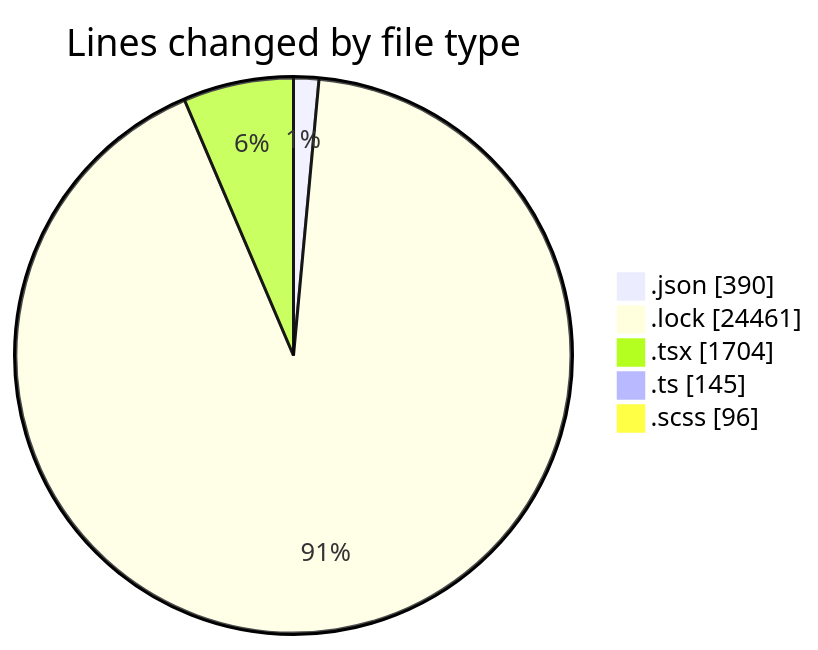
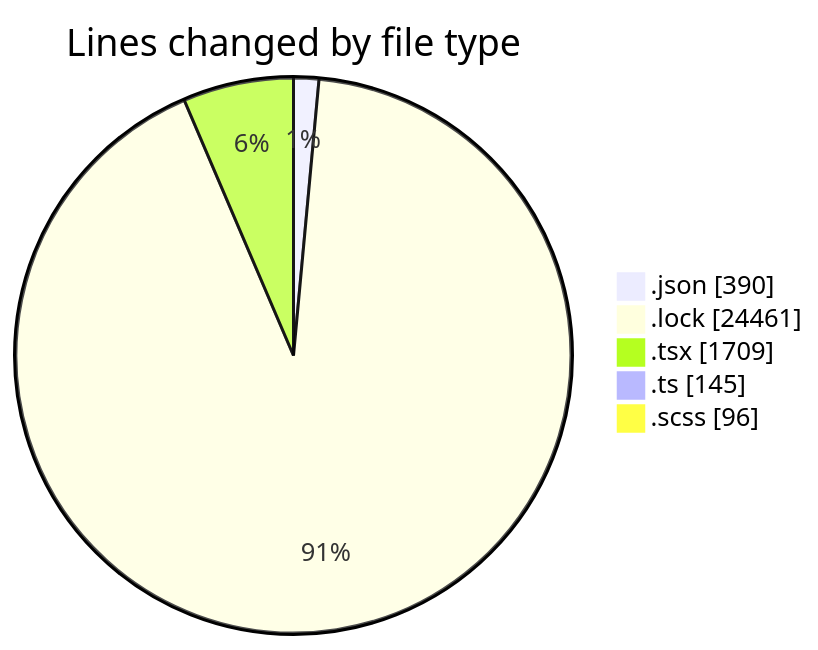
Before and after one commit to momahboobian/code-tracking: the first of 2 diagrams in 2026-05-14/cda/README.md, drawn with Mermaid. The commit also changed other lines of this file and 1 other file, not shown here.

````diff
--- a/2026-05-14/cda/README.md
+++ b/2026-05-14/cda/README.md
@@ -35,9 +35,9 @@
 ```mermaid
 pie showData
 title Lines changed by file type
 ".json" : 390
 ".lock" : 24461
-".tsx" : 1704
+".tsx" : 1709
 ".ts" : 145
 ".scss" : 96
 ```
````
